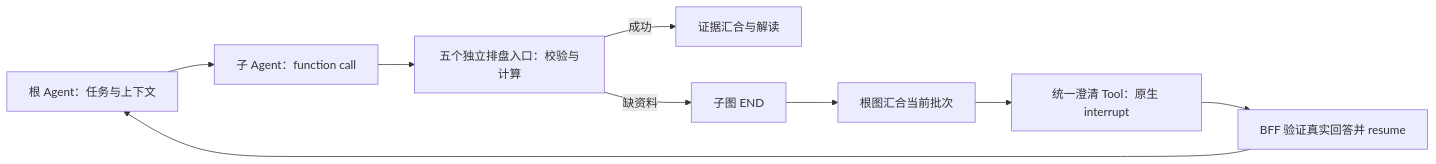
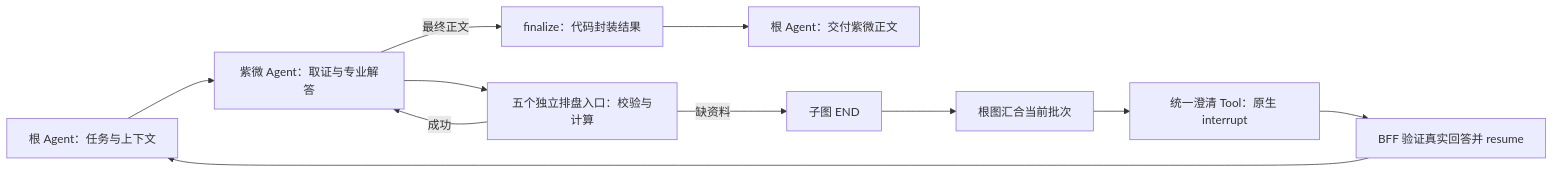
One commit to westbrook0904/FinanceClaw changed the diagram in docs/operations/ziwei-agent.md. Above: the diagram before and after it, drawn with Mermaid. The commit also changed other lines of this file and 19 other files, not shown here.

````diff
--- a/docs/operations/ziwei-agent.md
+++ b/docs/operations/ziwei-agent.md
@@ -99,11 +107,13 @@
 ```mermaid
 flowchart LR
-    R[根 Agent：任务与上下文] --> W[子 Agent：function call]
+    R[根 Agent：任务与上下文] --> W[紫微 Agent：取证与专业解答]
     W --> T[五个独立排盘入口：校验与计算]
-    T -->|成功| F[证据汇合与解读]
+    T -->|成功| W
+    W -->|最终正文| F[finalize：代码封装结果]
+    F --> D[根 Agent：交付紫微正文]
     T -->|缺资料| E[子图 END]
     E --> Q[根图汇合当前批次]
     Q --> I[统一澄清 Tool：原生 interrupt]
     I --> A[BFF 验证真实回答并 resume]
     A --> R
 ```
````
